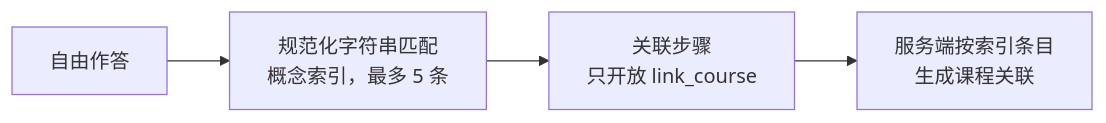
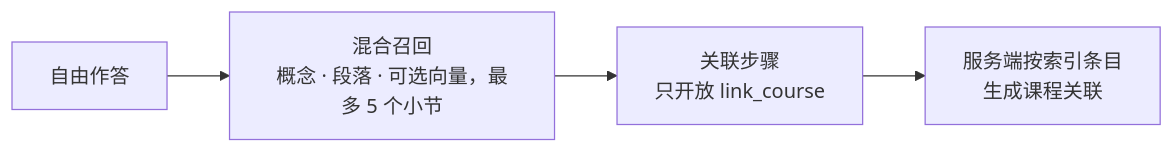
The fifth of 10 diagrams in docs/tech/selections/08-course-linking.md (Bank5y/Keine), drawn with Mermaid before and after one commit. The commit also changed other lines of this file and 27 other files, not shown here.

````diff
--- a/docs/tech/selections/08-course-linking.md
+++ b/docs/tech/selections/08-course-linking.md
@@ -83,6 +83,6 @@
 ```mermaid
 flowchart LR
-  M["自由作答"] --> X["规范化字符串匹配<br/>概念索引，最多 5 条"]
+  M["自由作答"] --> X["混合召回<br/>概念 · 段落 · 可选向量，最多 5 个小节"]
   X --> L["关联步骤<br/>只开放 link_course"]
   L --> R["服务端按索引条目<br/>生成课程关联"]
 ```
````
